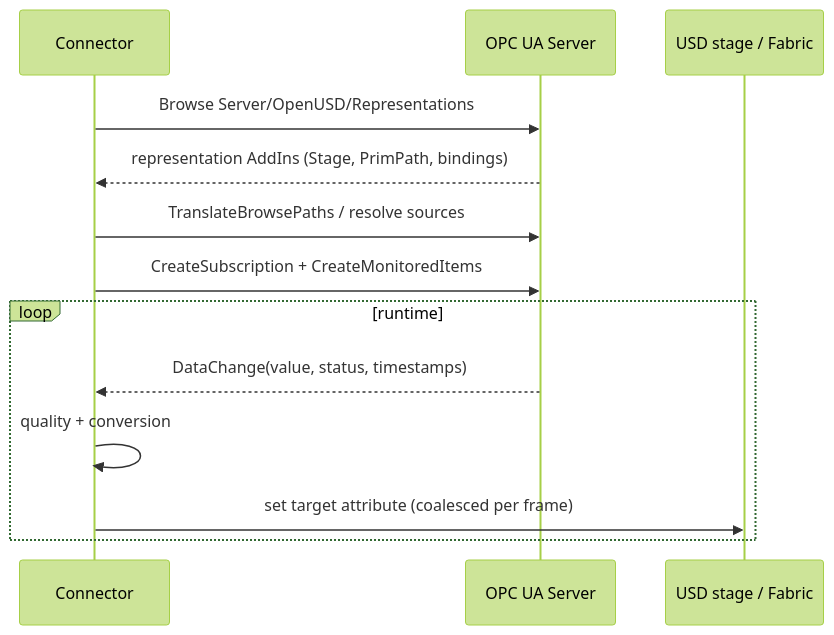
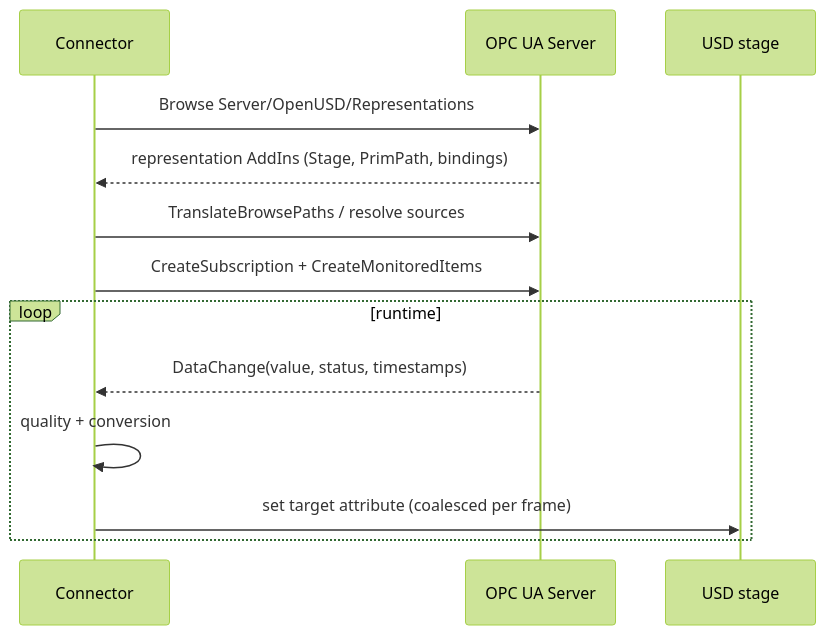
The second of 3 diagrams in metaverse-specs/openusd-binding/OPC-UA-OpenUSD-Bindings.md (marcschier/opcua-drafts), drawn with Mermaid (forest theme) before and after one commit. The commit also changed other lines of this file and 4 other files, not shown here.

````diff
--- a/metaverse-specs/openusd-binding/OPC-UA-OpenUSD-Bindings.md
+++ b/metaverse-specs/openusd-binding/OPC-UA-OpenUSD-Bindings.md
@@ -502,15 +502,15 @@
 ```mermaid
 sequenceDiagram
   participant C as Connector
   participant S as OPC UA Server
-  participant U as USD stage / Fabric
+  participant U as USD stage
   C->>S: Browse Server/OpenUSD/Representations
   S-->>C: representation AddIns (Stage, PrimPath, bindings)
   C->>S: TranslateBrowsePaths / resolve sources
   C->>S: CreateSubscription + CreateMonitoredItems
   loop runtime
     S-->>C: DataChange(value, status, timestamps)
     C->>C: quality + conversion
     C->>U: set target attribute (coalesced per frame)
   end
 ```
````
